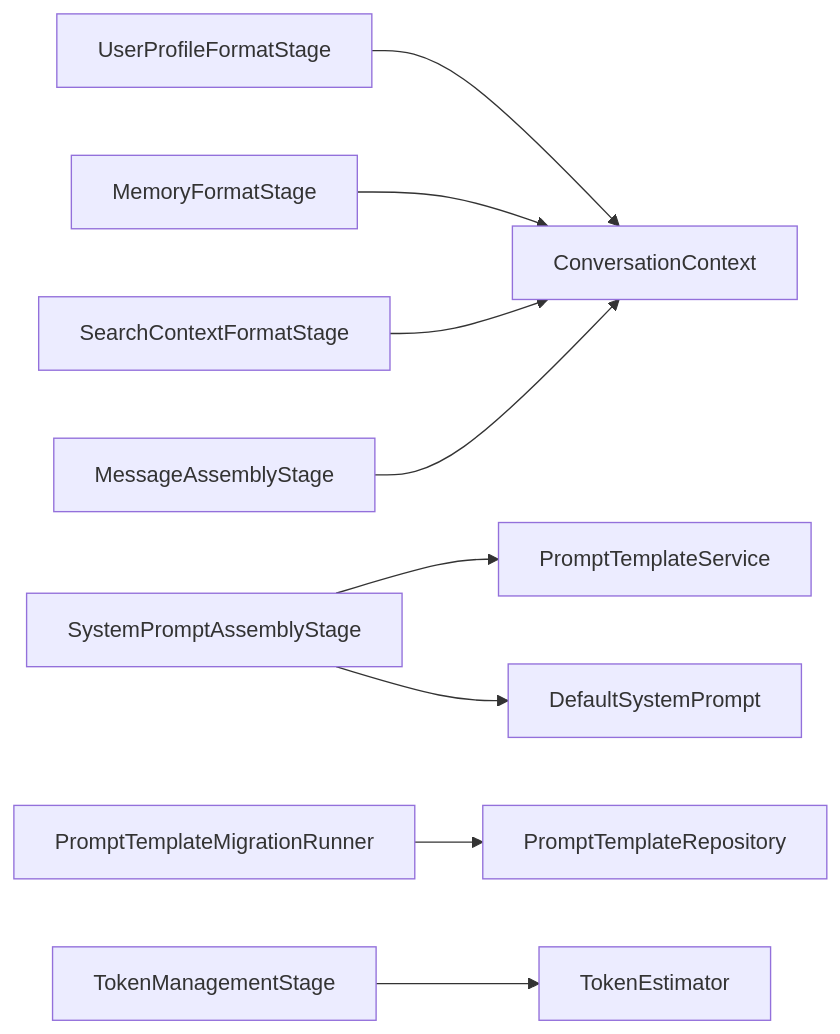
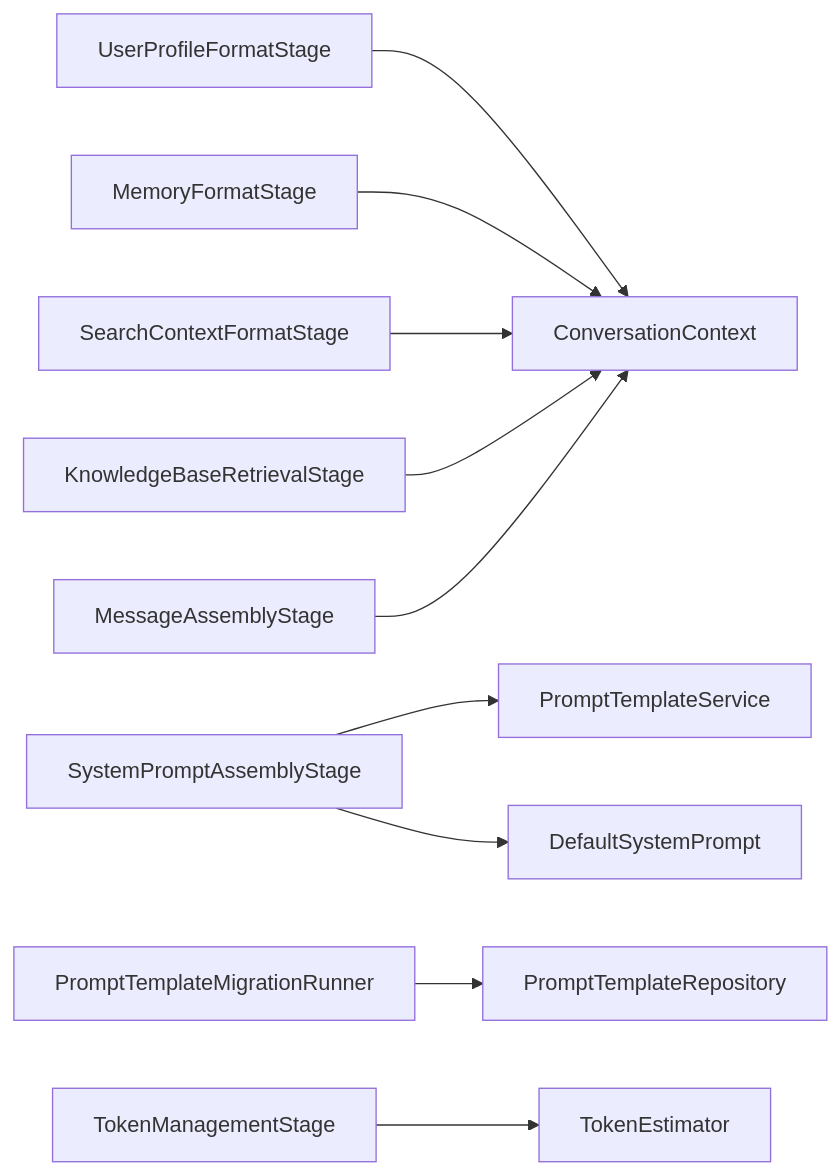
The fifth of 5 diagrams in backend/docs/backend-codebase-map.md (SunKyle/KChat), drawn with Mermaid before and after one commit. The commit also changed other lines of this file and 17 other files, not shown here.

````diff
--- a/backend/docs/backend-codebase-map.md
+++ b/backend/docs/backend-codebase-map.md
@@ -379,11 +408,12 @@
 ```mermaid
 flowchart LR
   UserProfileFormatStage --> ConversationContext
   MemoryFormatStage --> ConversationContext
   SearchContextFormatStage --> ConversationContext
+  KnowledgeBaseRetrievalStage --> ConversationContext
   SystemPromptAssemblyStage --> PromptTemplateService
   SystemPromptAssemblyStage --> DefaultSystemPrompt
   PromptTemplateMigrationRunner --> PromptTemplateRepository
   MessageAssemblyStage --> ConversationContext
   TokenManagementStage --> TokenEstimator
 ```
````
